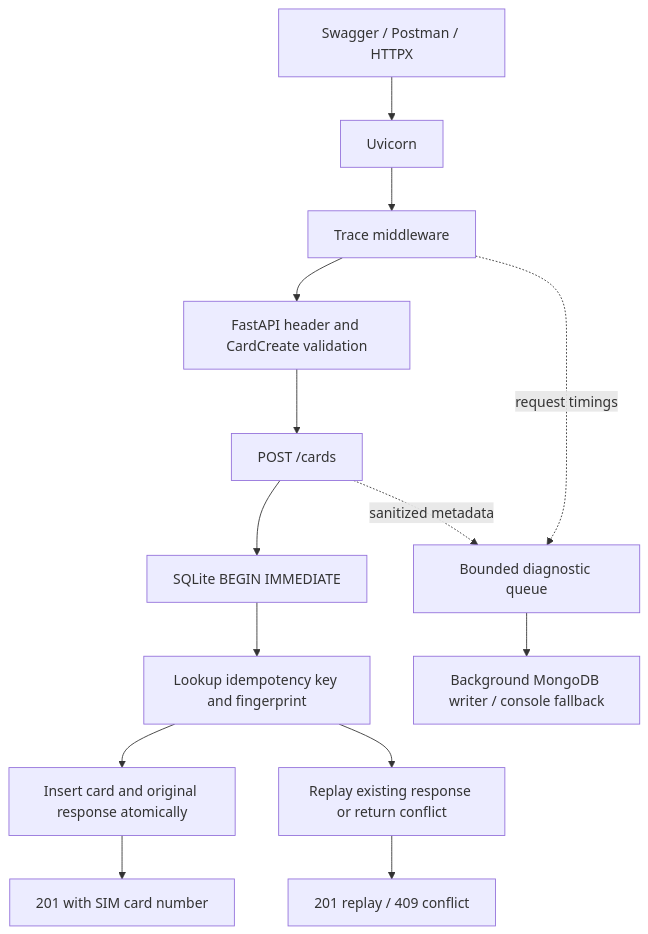
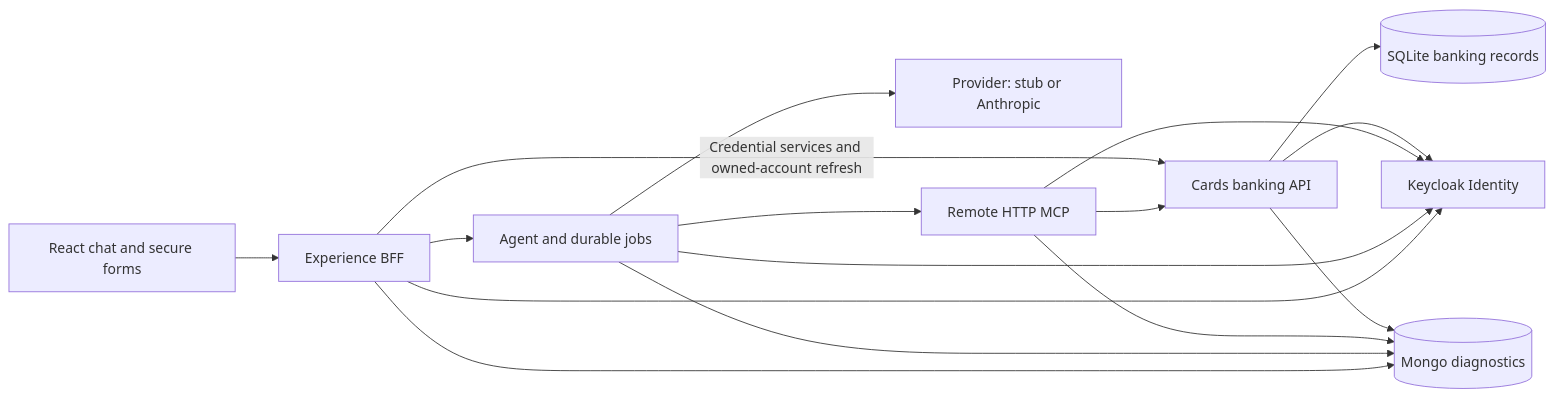
The diagram in docs/architecture.md (kishoreakaveeti/CardServicing), drawn with Mermaid before and after one commit. The commit also changed other lines of this file and 19 other files, not shown here.

````diff
--- a/docs/architecture.md
+++ b/docs/architecture.md
@@ -56,16 +7,18 @@
 ```mermaid
-flowchart TD
-    C[Swagger / Postman / HTTPX] --> U[Uvicorn]
-    U --> T[Trace middleware]
-    T --> V[FastAPI header and CardCreate validation]
-    V --> R[POST /cards]
-    R --> S[SQLite BEGIN IMMEDIATE]
-    S --> K[Lookup idempotency key and fingerprint]
-    K --> N[Insert card and original response atomically]
-    K --> P[Replay existing response or return conflict]
-    N --> O[201 with SIM card number]
-    P --> O2[201 replay / 409 conflict]
-    R -. sanitized metadata .-> Q[Bounded diagnostic queue]
-    T -. request timings .-> Q
-    Q --> M[Background MongoDB writer / console fallback]
+flowchart LR
+    U[React chat and secure forms] --> B[Experience BFF]
+    B --> A[Agent and durable jobs]
+    A --> L[Provider: stub or Anthropic]
+    A --> M[Remote HTTP MCP]
+    M --> C[Cards banking API]
+    B -->|Credential services and owned-account refresh| C
+    C --> S[(SQLite banking records)]
+    B --> I[Keycloak Identity]
+    A --> I
+    M --> I
+    C --> I
+    B --> D[(Mongo diagnostics)]
+    A --> D
+    M --> D
+    C --> D
 ```
````
